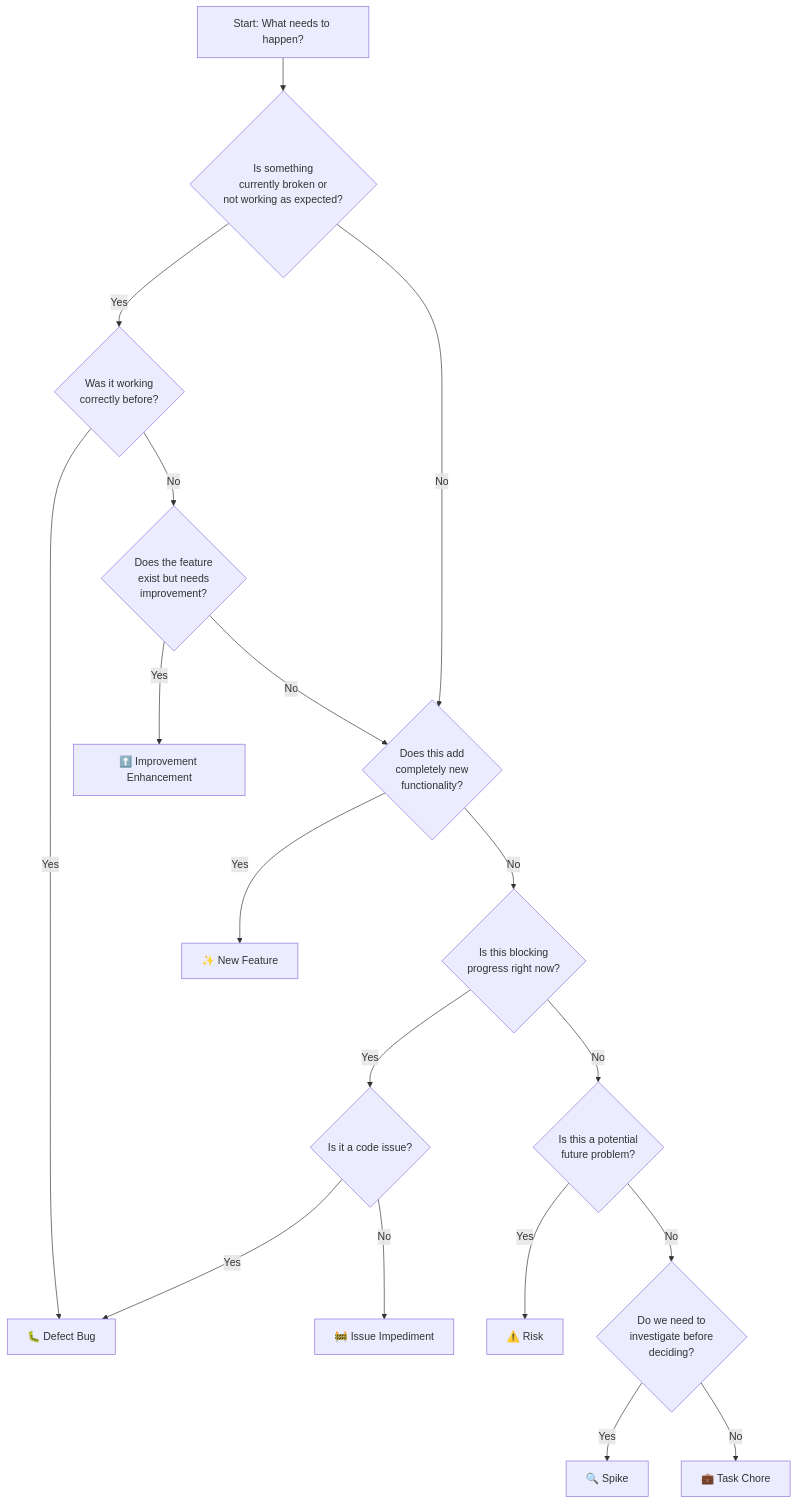
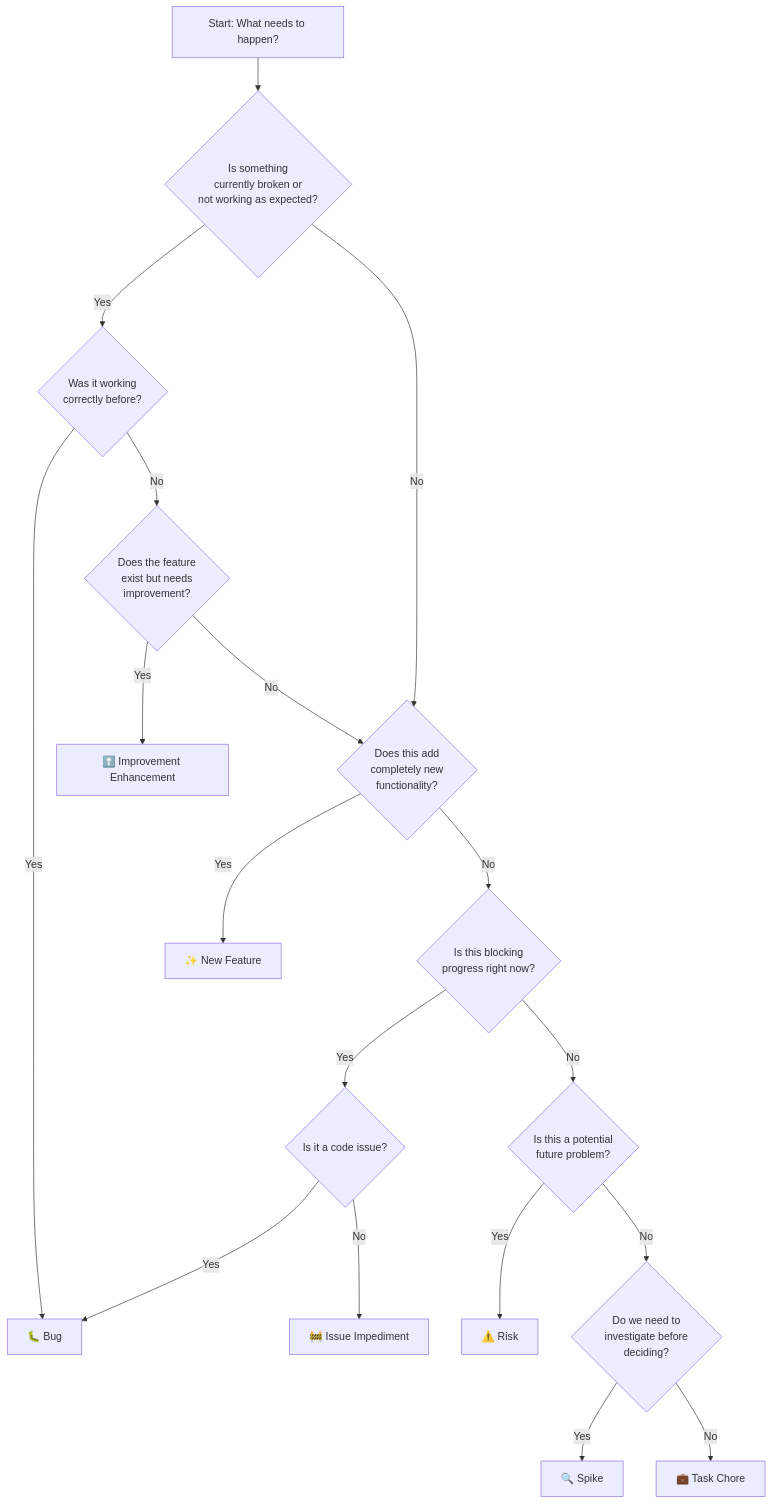
Before and after one commit to GIGCymru/dhcw-software-engineering-handbook: the diagram in doc/azure-devops-handbook/work-item-triage-guide.md, drawn with Mermaid. The commit also changed other lines of this file and 3 other files, not shown here.

````diff
--- a/doc/azure-devops-handbook/work-item-triage-guide.md
+++ b/doc/azure-devops-handbook/work-item-triage-guide.md
@@ -13,20 +13,20 @@
 ```mermaid
 flowchart TD
     A[Start: What needs to happen?] --> B{Is something<br/>currently broken or<br/>not working as expected?}
     B -->|Yes| C{Was it working<br/>correctly before?}
     B -->|No| D{Does this add<br/>completely new<br/>functionality?}
-    C -->|Yes| E[🐛 Defect Bug]
+    C -->|Yes| E[🐛 Bug]
     C -->|No| F{Does the feature<br/>exist but needs<br/>improvement?}
     D -->|Yes| G[✨ New Feature]
     D -->|No| H{Is this blocking<br/>progress right now?}
     F -->|Yes| I[⬆️ Improvement Enhancement]
     F -->|No| D
     H -->|Yes| J{Is it a code issue?}
     H -->|No| K{Is this a potential<br/>future problem?}
     J -->|Yes| E
     J -->|No| L[🚧 Issue Impediment]
     K -->|Yes| M[⚠️ Risk]
     K -->|No| N{Do we need to<br/>investigate before<br/>deciding?}
     N -->|Yes| O[🔍 Spike]
     N -->|No| P[💼 Task Chore]
 ```
````
